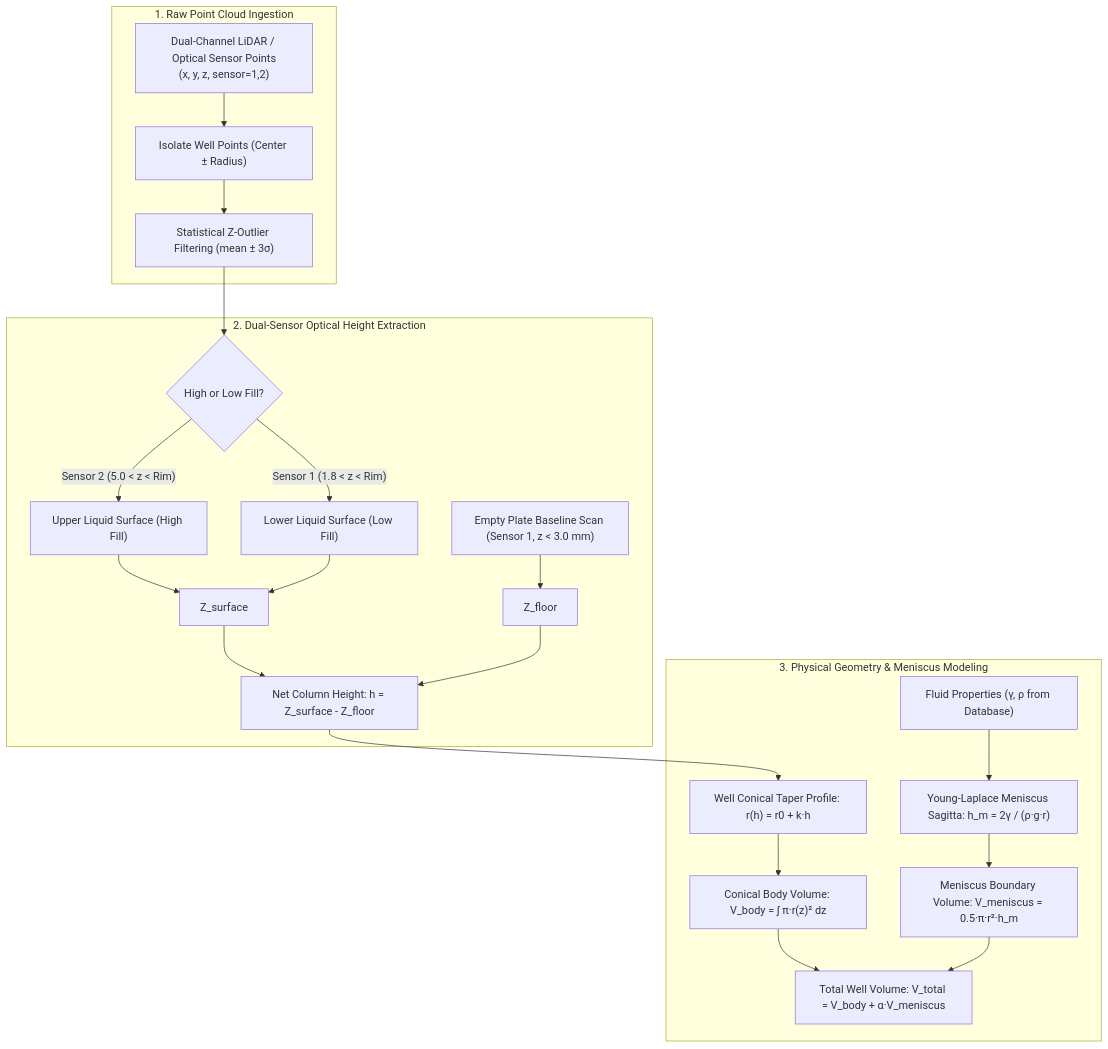
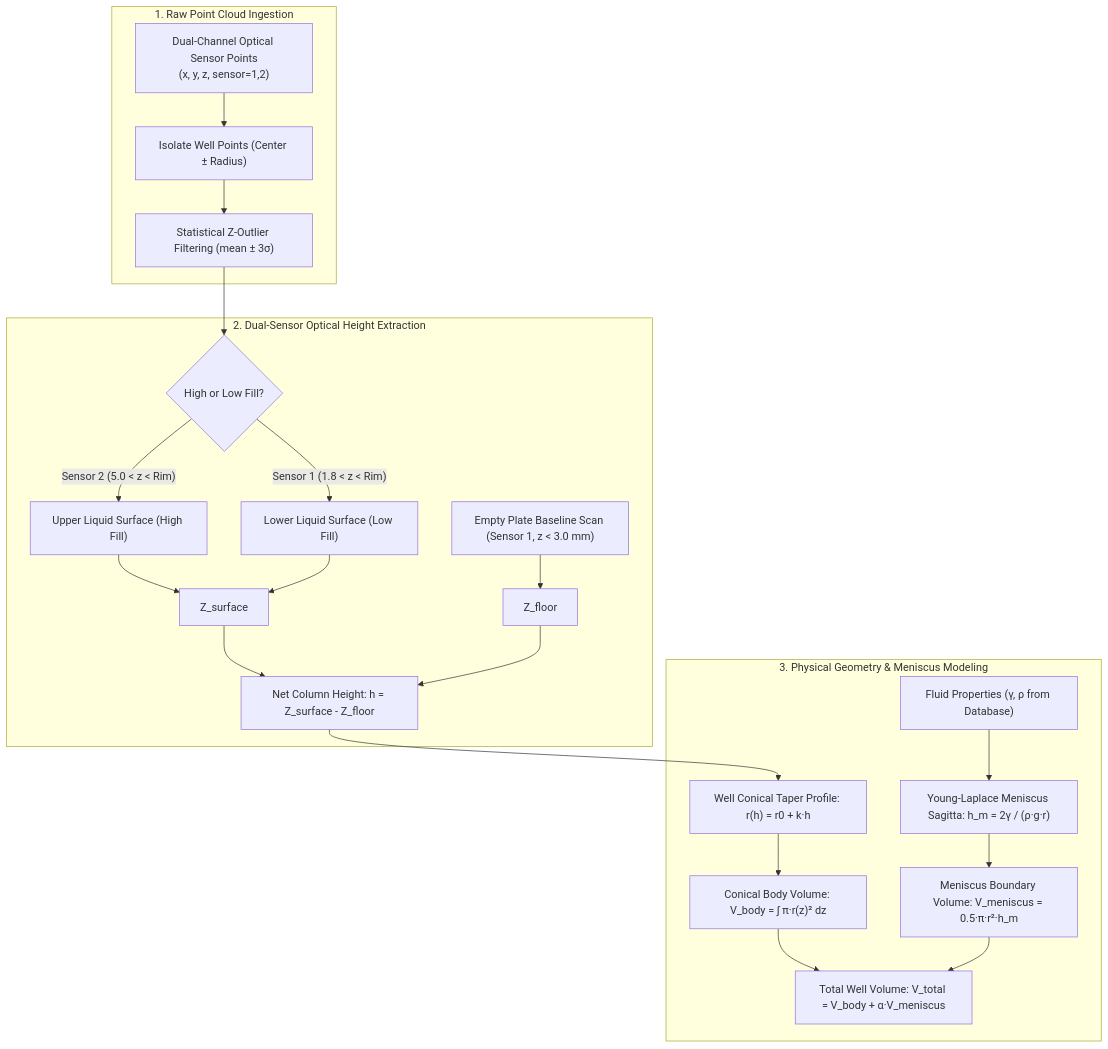
The diagram in volume_calculation.md (Mohd-Umair-Lari/3D-Spatial-DL), drawn with Mermaid before and after one commit.

Commit message:
Changed the volume calculation logic

````diff
--- a/volume_calculation.md
+++ b/volume_calculation.md
@@ -13,27 +13,27 @@
 ```mermaid
 flowchart TD
     subgraph S1["1. Raw Point Cloud Ingestion"]
-        A1["Dual-Channel LiDAR / Optical Sensor Points<br/>(x, y, z, sensor=1,2)"] --> B1["Isolate Well Points (Center ± Radius)"]
+        A1["Dual-Channel Optical Sensor Points<br/>(x, y, z, sensor=1,2)"] --> B1["Isolate Well Points (Center ± Radius)"]
         B1 --> C1["Statistical Z-Outlier Filtering (mean ± 3σ)"]
     end
 
     subgraph S2["2. Dual-Sensor Optical Height Extraction"]
         C1 --> D1{"High or Low Fill?"}
         D1 -- "Sensor 2 (5.0 < z < Rim)" --> E1["Upper Liquid Surface (High Fill)"]
         D1 -- "Sensor 1 (1.8 < z < Rim)" --> E2["Lower Liquid Surface (Low Fill)"]
         E1 --> F1["Z_surface"]
         E2 --> F1
         G1["Empty Plate Baseline Scan (Sensor 1, z < 3.0 mm)"] --> H1["Z_floor"]
         F1 --> I1["Net Column Height: h = Z_surface - Z_floor"]
         H1 --> I1
     end
 
     subgraph S3["3. Physical Geometry & Meniscus Modeling"]
         I1 --> J1["Well Conical Taper Profile: r(h) = r0 + k·h"]
         J1 --> K1["Conical Body Volume: V_body = ∫ π·r(z)² dz"]
         L1["Fluid Properties (γ, ρ from Database)"] --> M1["Young-Laplace Meniscus Sagitta: h_m = 2γ / (ρ·g·r)"]
         M1 --> N1["Meniscus Boundary Volume: V_meniscus = 0.5·π·r²·h_m"]
         K1 --> O1["Total Well Volume: V_total = V_body + α·V_meniscus"]
         N1 --> O1
     end
 ```
````
